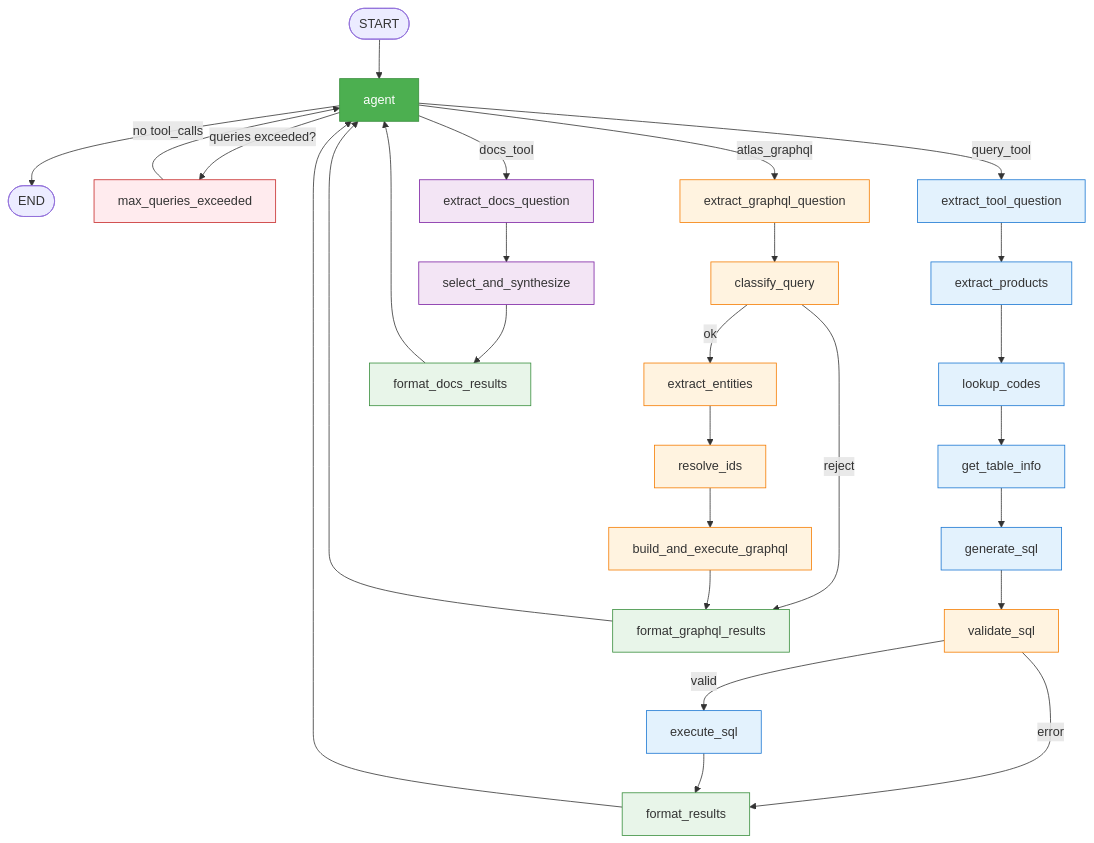
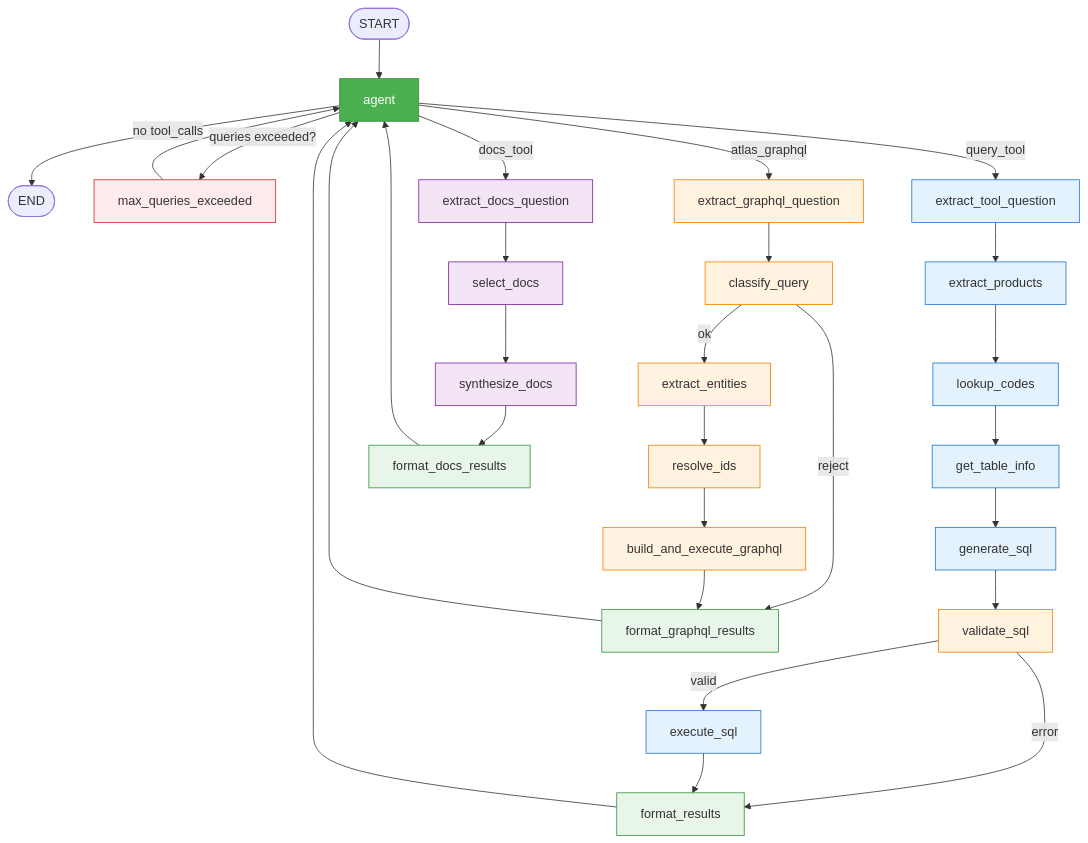
The second of 2 diagrams in README.md (shreyasgm/ask-atlas), drawn with Mermaid before and after one commit.

Commit message:
docs: fix stale docs pipeline diagram in README.md
Update select_and_synthesize → select_docs + synthesize_docs to match
the current 4-node docs pipeline.

````diff
--- a/README.md
+++ b/README.md
@@ -87,53 +87,55 @@
 ```mermaid
 graph TD
     START([START]) --> agent
     agent -->|no tool_calls| END_NODE([END])
     agent -->|queries exceeded?| mqe[max_queries_exceeded]
     agent -->|query_tool| etq[extract_tool_question]
     agent -->|atlas_graphql| egq[extract_graphql_question]
     agent -->|docs_tool| edq[extract_docs_question]
 
     etq --> ep[extract_products]
     ep --> lc[lookup_codes]
     lc --> gti[get_table_info]
     gti --> gs[generate_sql]
     gs --> vs[validate_sql]
     vs -->|valid| es[execute_sql]
     vs -->|error| fr[format_results]
     es --> fr
     fr --> agent
 
     egq --> cq[classify_query]
     cq -->|reject| fgr[format_graphql_results]
     cq -->|ok| ee[extract_entities]
     ee --> ri[resolve_ids]
     ri --> beg[build_and_execute_graphql]
     beg --> fgr
     fgr --> agent
 
-    edq --> ss[select_and_synthesize]
-    ss --> fdr[format_docs_results]
+    edq --> sd[select_docs]
+    sd --> syd[synthesize_docs]
+    syd --> fdr[format_docs_results]
     fdr --> agent
 
     mqe --> agent
 
     style agent fill:#4CAF50,color:#fff,stroke:#388E3C
     style etq fill:#e3f2fd,stroke:#1976D2
     style ep fill:#e3f2fd,stroke:#1976D2
     style lc fill:#e3f2fd,stroke:#1976D2
     style gti fill:#e3f2fd,stroke:#1976D2
     style gs fill:#e3f2fd,stroke:#1976D2
     style vs fill:#fff3e0,stroke:#F57C00
     style es fill:#e3f2fd,stroke:#1976D2
     style fr fill:#e8f5e9,stroke:#388E3C
     style egq fill:#fff3e0,stroke:#F57C00
     style cq fill:#fff3e0,stroke:#F57C00
     style ee fill:#fff3e0,stroke:#F57C00
     style ri fill:#fff3e0,stroke:#F57C00
     style beg fill:#fff3e0,stroke:#F57C00
     style fgr fill:#e8f5e9,stroke:#388E3C
     style edq fill:#f3e5f5,stroke:#7B1FA2
-    style ss fill:#f3e5f5,stroke:#7B1FA2
+    style sd fill:#f3e5f5,stroke:#7B1FA2
+    style syd fill:#f3e5f5,stroke:#7B1FA2
     style fdr fill:#e8f5e9,stroke:#388E3C
     style mqe fill:#ffebee,stroke:#c62828
 ```
````
